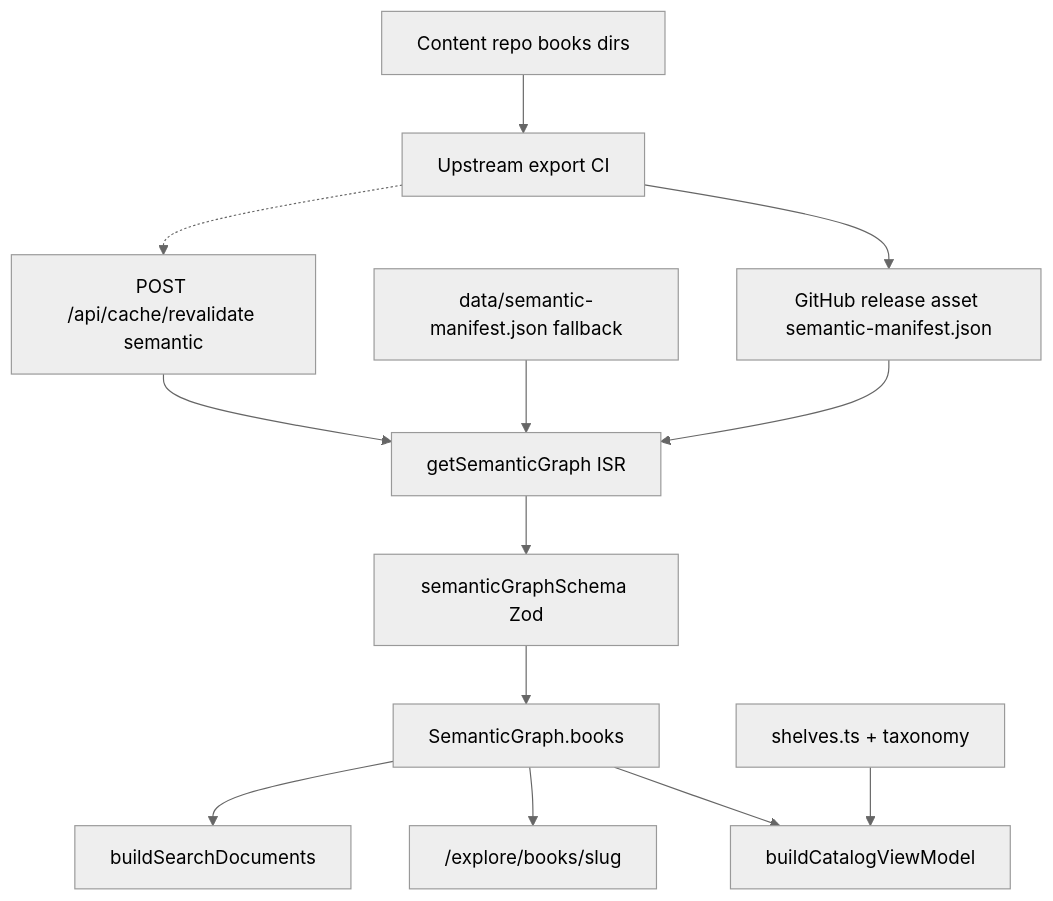
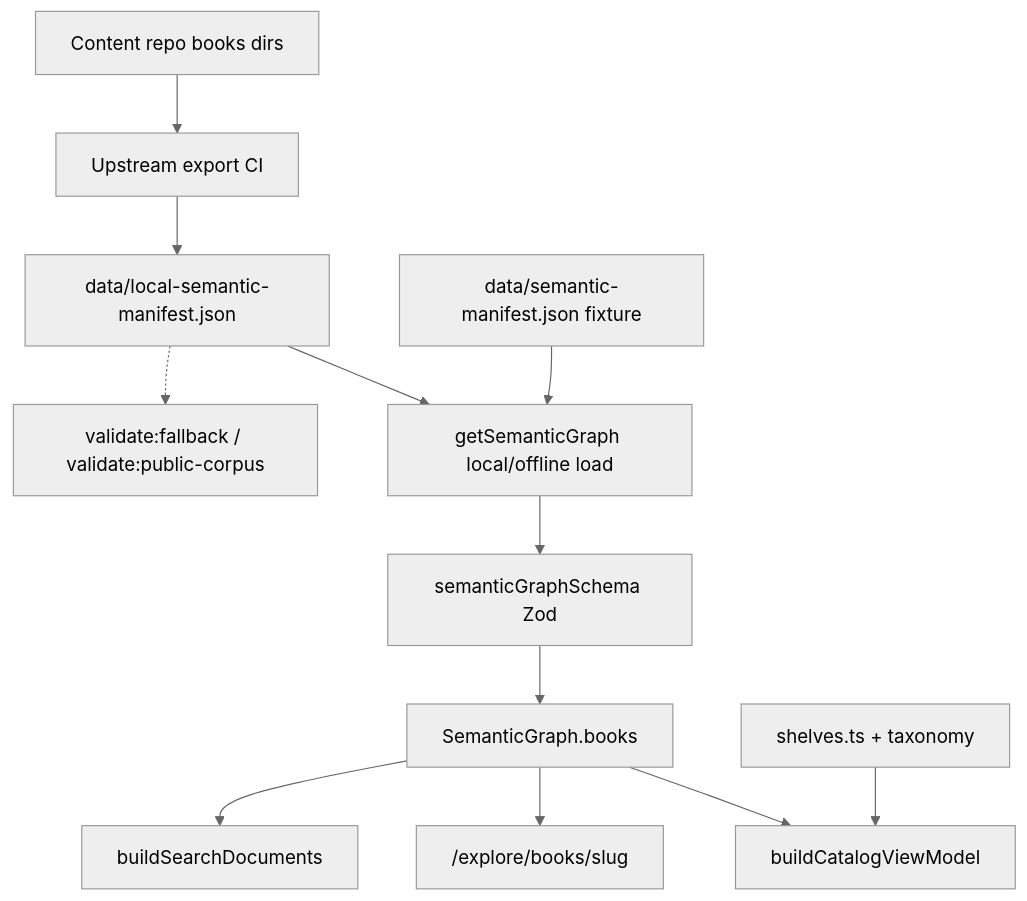
One commit to After-Certainty/after-certainty changed the first of 3 diagrams in apps/site/docs/roadmaps/canonical-status-whats-new-book-overviews-plan.md. Above: the diagram before and after it, drawn with Mermaid (neutral theme). The commit also changed other lines of this file and 36 other files, not shown here.

First line of the commit message:
Remove semantic remote fetch and sync machinery (Phase 6 / Stage E).

````diff
--- a/apps/site/docs/roadmaps/canonical-status-whats-new-book-overviews-plan.md
+++ b/apps/site/docs/roadmaps/canonical-status-whats-new-book-overviews-plan.md
@@ -103,25 +103,25 @@
 ```mermaid
 flowchart TB
   ContentRepo["Content repo books dirs"]
   ExportCI["Upstream export CI"]
-  Release["GitHub release asset semantic-manifest.json"]
-  Bundled["data/semantic-manifest.json fallback"]
-  Fetch["getSemanticGraph ISR"]
+  Local["data/local-semantic-manifest.json"]
+  Fixture["data/semantic-manifest.json fixture"]
+  Fetch["getSemanticGraph local/offline load"]
   Zod["semanticGraphSchema Zod"]
   Graph["SemanticGraph.books"]
   Catalog["buildCatalogViewModel"]
   Shelves["shelves.ts + taxonomy"]
   Detail["/explore/books/slug"]
   Search["buildSearchDocuments"]
-  Revalidate["POST /api/cache/revalidate semantic"]
+  Validate["validate:fallback / validate:public-corpus"]
 
-  ContentRepo --> ExportCI --> Release
-  Release --> Fetch
-  Bundled --> Fetch
+  ContentRepo --> ExportCI --> Local
+  Fixture --> Fetch
+  Local --> Fetch
   Fetch --> Zod --> Graph
   Graph --> Catalog
   Shelves --> Catalog
   Graph --> Detail
   Graph --> Search
-  ExportCI -.-> Revalidate --> Fetch
+  Local -.-> Validate
 ```
````
